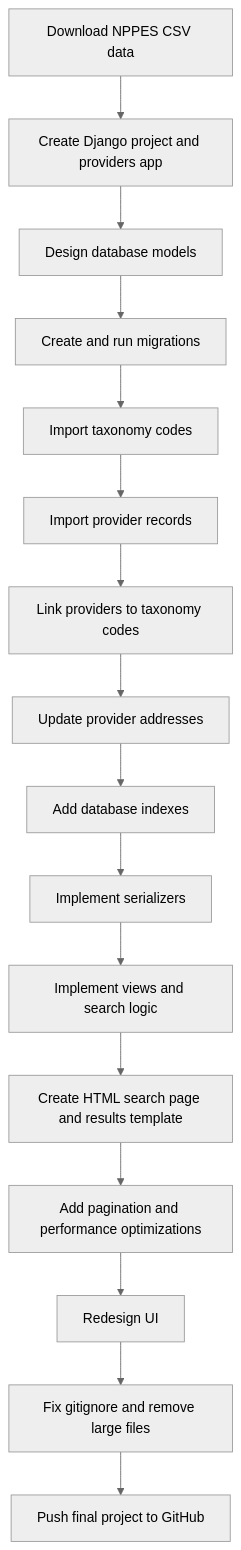
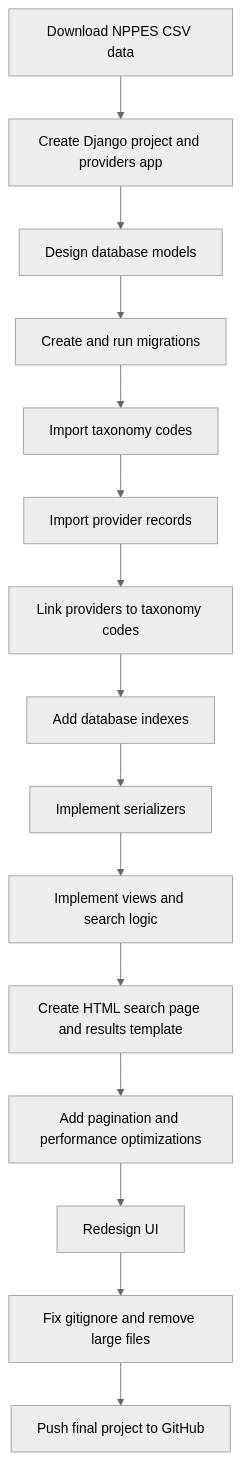
The diagram in mermaid.md (Irini1996/Provider_lookup_phoenix), drawn with Mermaid (neutral theme) before and after one commit.

````diff
--- a/mermaid.md
+++ b/mermaid.md
@@ -1,25 +1,24 @@
 ```mermaid
 flowchart TD
 
 A[Download NPPES CSV data] --> B[Create Django project and providers app]
 B --> C[Design database models]
 C --> D[Create and run migrations]
 
 D --> E[Import taxonomy codes]
 E --> F[Import provider records]
 F --> G[Link providers to taxonomy codes]
 
-G --> H[Update provider addresses]
-H --> I[Add database indexes]
+G --> H[Add database indexes]
 
-I --> J[Implement serializers]
-J --> K[Implement views and search logic]
+H --> I[Implement serializers]
+I --> J[Implement views and search logic]
 
-K --> L[Create HTML search page and results template]
-L --> M[Add pagination and performance optimizations]
+J --> K[Create HTML search page and results template]
+K --> L[Add pagination and performance optimizations]
 
-M --> N[Redesign UI]
-N --> O[Fix gitignore and remove large files]
+L --> M[Redesign UI]
+M --> N[Fix gitignore and remove large files]
 
-O --> P[Push final project to GitHub]
+N --> O[Push final project to GitHub]
 ```
````
